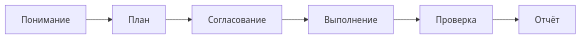
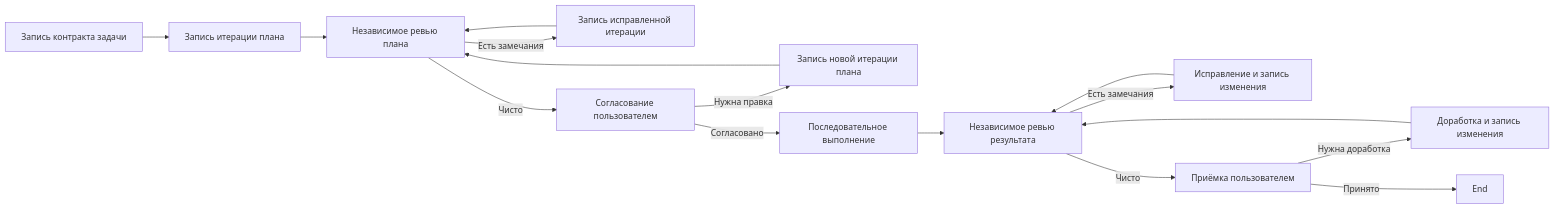
Before and after one commit to moira-mcp/moira: the diagram in packages/docs/src/content/docs/ru/docs/reference/workflows/quick-task.mdx, drawn with Mermaid. The commit also changed other lines of this file and 91 other files, not shown here.

First line of the commit message:
feat(workflows): apply robust flow refactor bundle

````diff
--- a/packages/docs/src/content/docs/ru/docs/reference/workflows/quick-task.mdx
+++ b/packages/docs/src/content/docs/ru/docs/reference/workflows/quick-task.mdx
@@ -22,8 +22,18 @@
 ```mermaid
 flowchart LR
-    A[Понимание] --> B[План]
-    B --> C[Согласование]
-    C --> D[Выполнение]
-    D --> E[Проверка]
-    E --> F[Отчёт]
+    A[Запись контракта задачи] --> B[Запись итерации плана]
+    B --> C[Независимое ревью плана]
+    C -->|Есть замечания| D[Запись исправленной итерации]
+    D --> C
+    C -->|Чисто| E[Согласование пользователем]
+    E -->|Нужна правка| F[Запись новой итерации плана]
+    F --> C
+    E -->|Согласовано| G[Последовательное выполнение]
+    G --> H[Независимое ревью результата]
+    H -->|Есть замечания| I[Исправление и запись изменения]
+    I --> H
+    H -->|Чисто| J[Приёмка пользователем]
+    J -->|Нужна доработка| K[Доработка и запись изменения]
+    K --> H
+    J -->|Принято| L[End]
 ```
````
